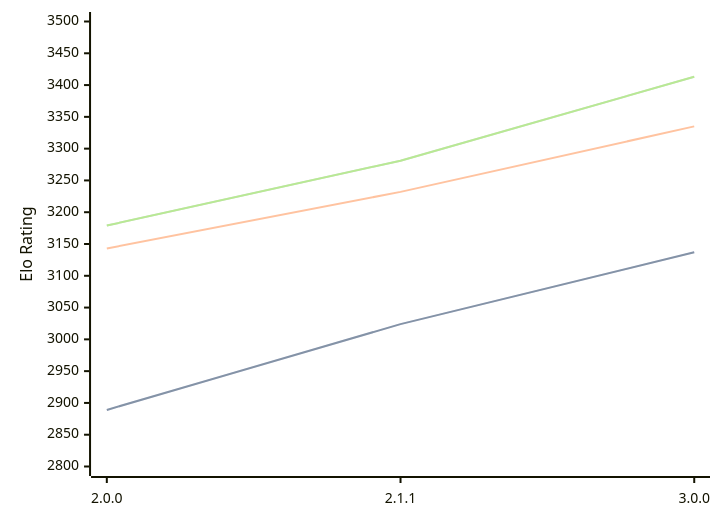
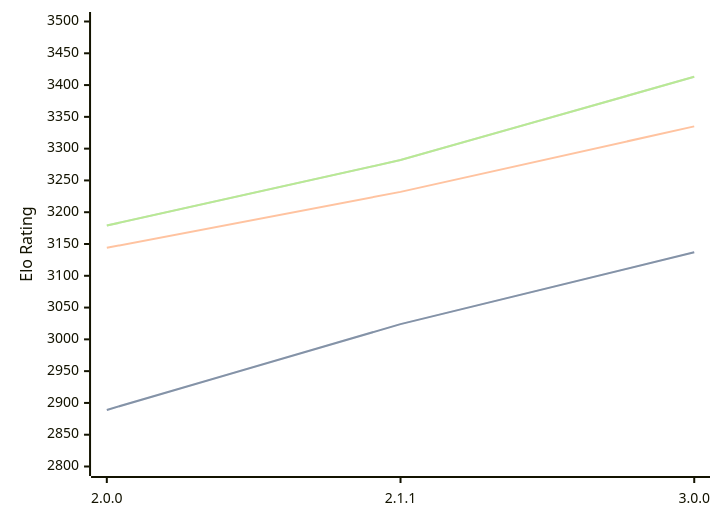
Before and after one commit to computer-chess-index/cci: the diagram in engines/Bread.md, drawn with Mermaid. The commit also changed other lines of this file, not shown here.

Commit message:
Update CCI Ratings (ELO VLTC) - 2026-04-10

````diff
--- a/engines/Bread.md
+++ b/engines/Bread.md
@@ -51,11 +51,11 @@
 ```mermaid
 %%{init: {"theme":"base","themeVariables":{"seriesColors:['#a3a3a3','#222221','#faa371']}}}%%
 xychart-beta
   x-axis ["2.0.0", "2.1.1", "3.0.0"]
   y-axis "Elo Rating" 2800 --> 3500
   line "STC (8.0+0.08s)" [2889, 3024, 3137]
   line "STC (8.0+0.08s)" [2889, 3024, 3137]
-  line "LTC (60.0+0.60s)" [3143, 3232, 3335]
-  line "VLTC (2m24s+1.12s)" [3179, 3281, 3413]
-  line "VLTC (2m24s+1.12s)" [3179, 3281, 3413]
+  line "LTC (60.0+0.60s)" [3144, 3232, 3335]
+  line "VLTC (2m24s+1.12s)" [3179, 3282, 3413]
+  line "VLTC (2m24s+1.12s)" [3179, 3282, 3413]
 ```
````
